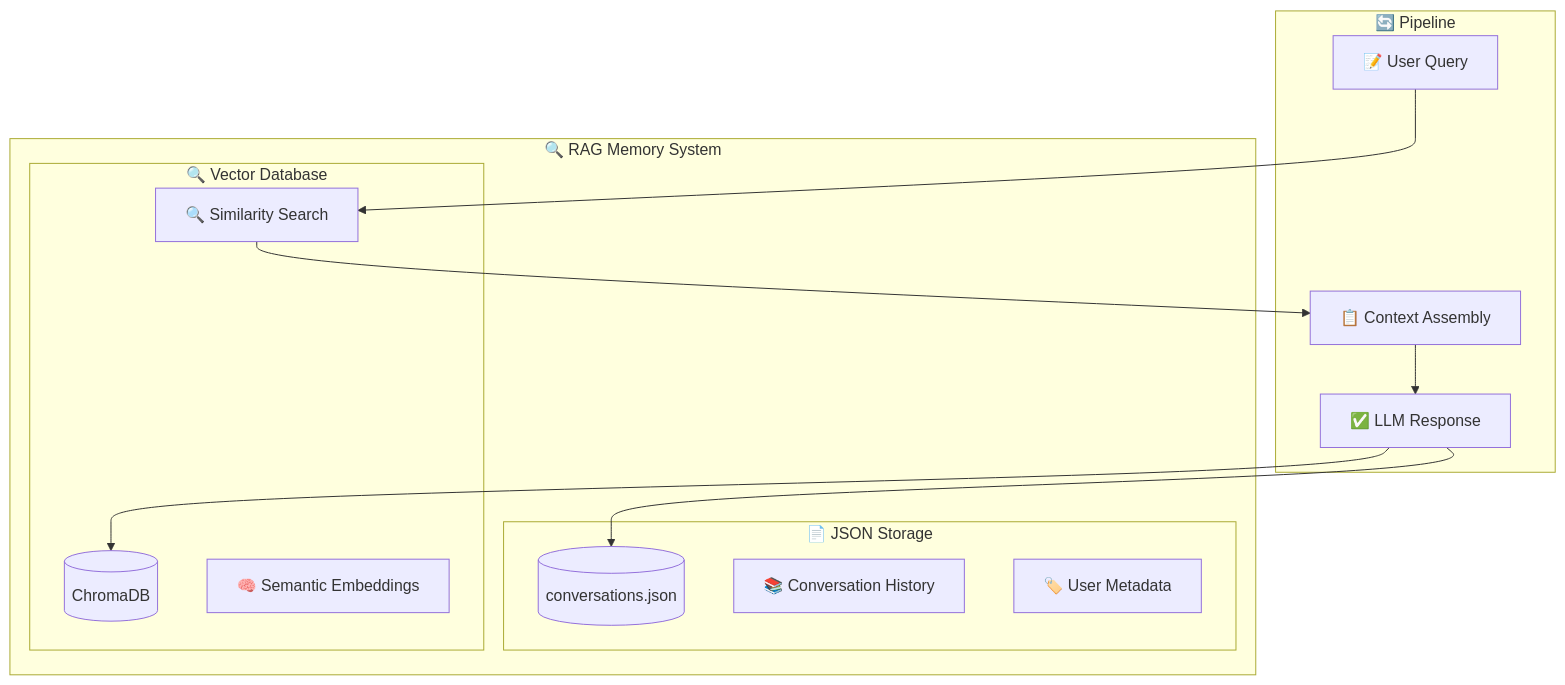
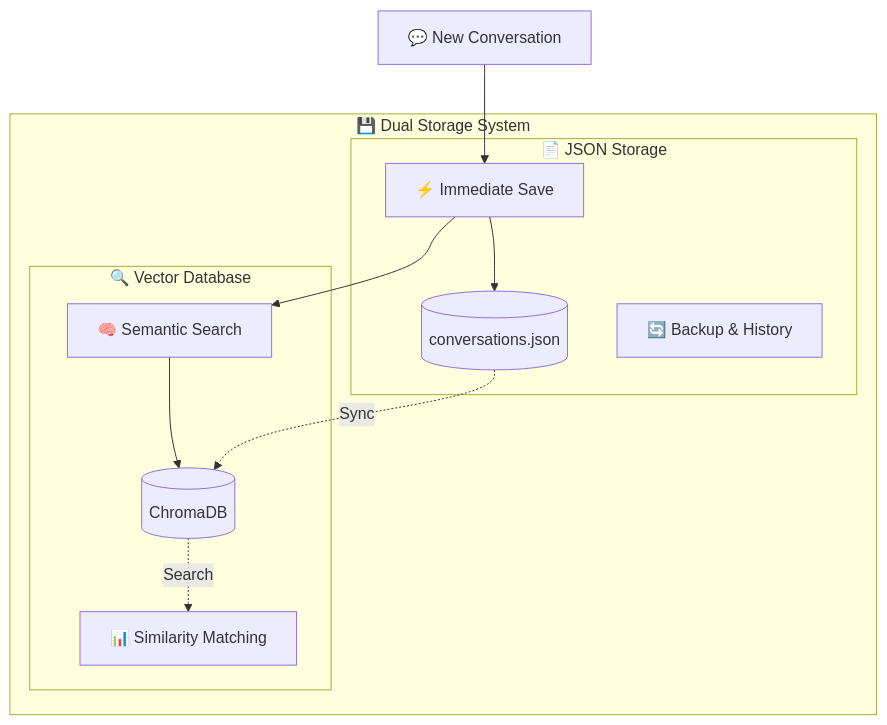
The third of 3 diagrams in ARCHITECTURE.md (Teay2026/Robot-Companion-Dynami), drawn with Mermaid before and after one commit. The commit also changed other lines of this file, not shown here.

First line of the commit message:
Revise architecture documentation with new details

````diff
--- a/ARCHITECTURE.md
+++ b/ARCHITECTURE.md
@@ -46,28 +95,24 @@
 ```mermaid
 graph TB
-    subgraph "🔍 RAG Memory System"
+    subgraph "💾 Dual Storage System"
         subgraph "📄 JSON Storage"
             JSON[(conversations.json)]
-            HIST[📚 Conversation History]
-            META[🏷️ User Metadata]
+            IMMEDIATE[⚡ Immediate Save]
+            BACKUP[🔄 Backup & History]
         end
 
         subgraph "🔍 Vector Database"
             CHROMA[(ChromaDB)]
-            EMBED[🧠 Semantic Embeddings]
-            SEARCH[🔍 Similarity Search]
+            SEMANTIC[🧠 Semantic Search]
+            SIMILARITY[📊 Similarity Matching]
         end
     end
 
-    subgraph "🔄 Pipeline"
-        QUERY[📝 User Query]
-        CONTEXT[📋 Context Assembly]
-        RESPONSE[✅ LLM Response]
-    end
+    CONV[💬 New Conversation] --> IMMEDIATE
+    IMMEDIATE --> JSON
+    IMMEDIATE --> SEMANTIC
+    SEMANTIC --> CHROMA
 
-    QUERY --> SEARCH
-    SEARCH --> CONTEXT
-    CONTEXT --> RESPONSE
-    RESPONSE --> JSON
-    RESPONSE --> CHROMA
+    JSON -.->|Sync| CHROMA
+    CHROMA -.->|Search| SIMILARITY
 ```
````
